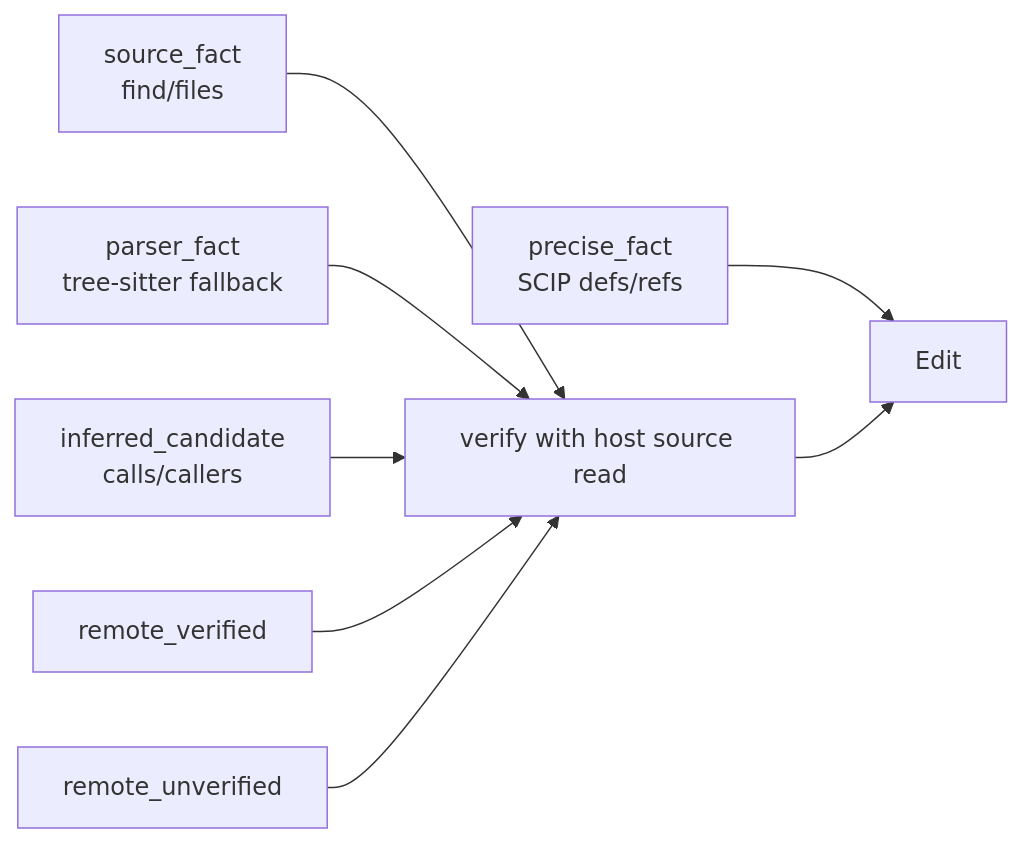
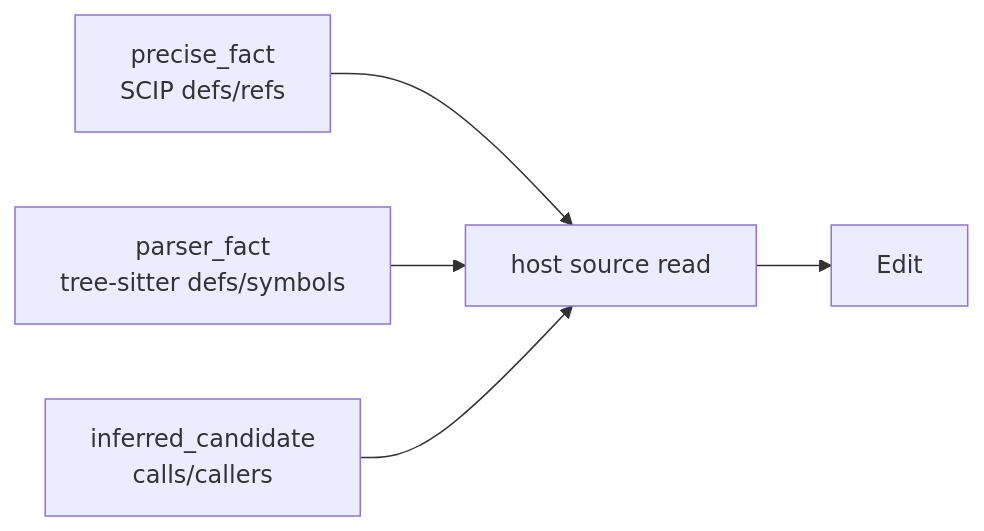
The second of 2 diagrams in docs/02-command-contract.md (mars167/CodeTrail), drawn with Mermaid before and after one commit. The commit also changed other lines of this file and 29 other files, not shown here.

````diff
--- a/docs/02-command-contract.md
+++ b/docs/02-command-contract.md
@@ -322,10 +150,7 @@
 ```mermaid
 flowchart LR
-  Source["source_fact\nfind/files"] --> Verify["verify with host source read"]
-  Precise["precise_fact\nSCIP defs/refs"] --> Edit
-  Parser["parser_fact\ntree-sitter fallback"] --> Verify
+  Precise["precise_fact\nSCIP defs/refs"] --> Verify["host source read"]
+  Parser["parser_fact\ntree-sitter defs/symbols"] --> Verify
   Candidate["inferred_candidate\ncalls/callers"] --> Verify
-  RemoteOk["remote_verified"] --> Verify
-  RemoteBad["remote_unverified"] --> Verify
   Verify --> Edit
 ```
````
